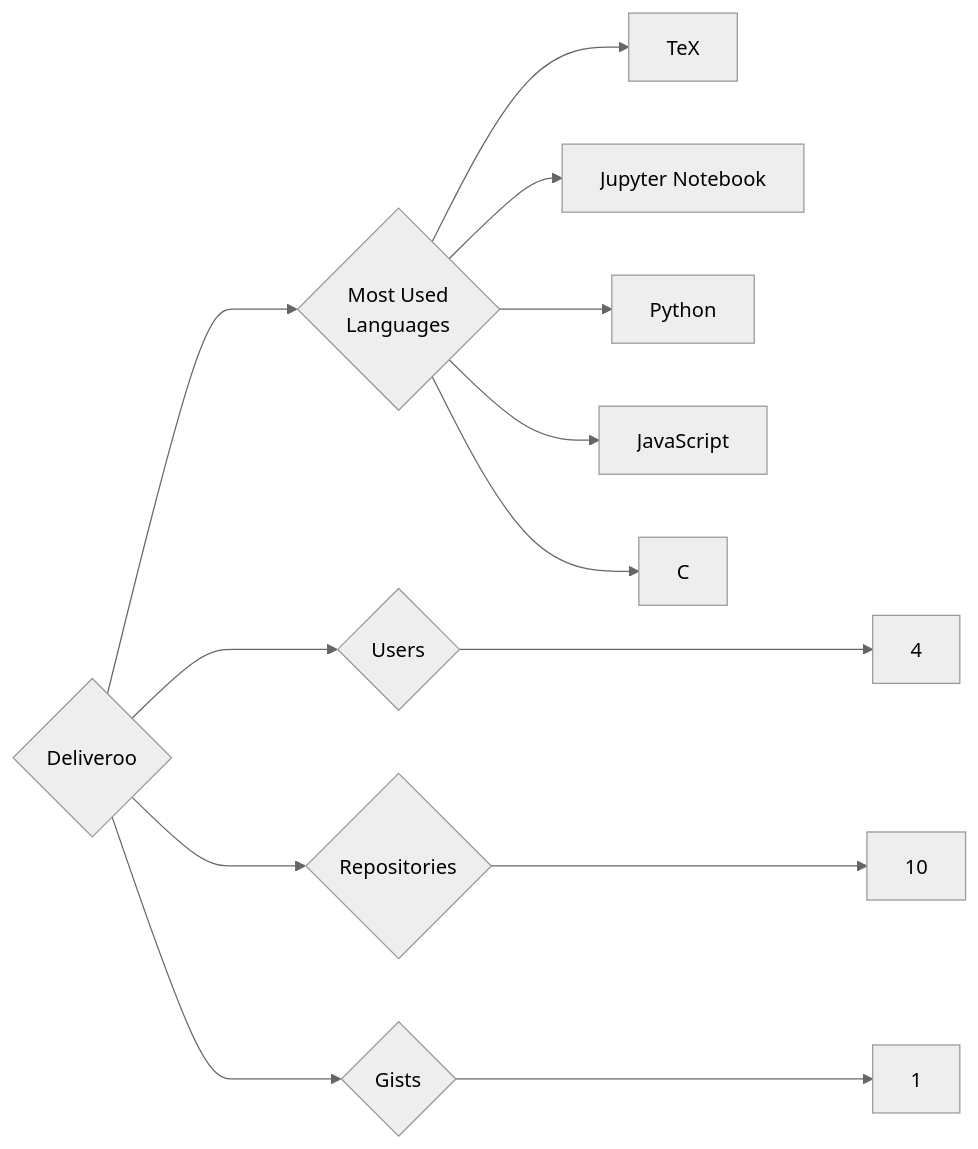
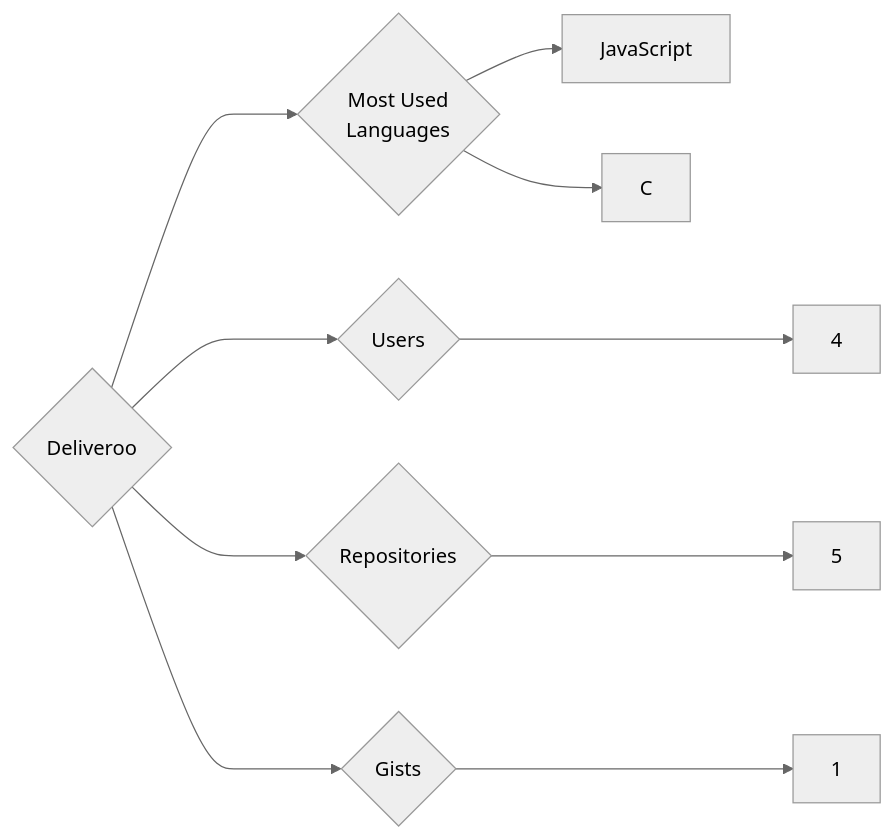
Before and after one commit to trickest/insiders: the diagram in targets/Deliveroo/README.md, drawn with Mermaid (neutral theme). The commit also changed 942 other files, not shown here.

````diff
--- a/targets/Deliveroo/README.md
+++ b/targets/Deliveroo/README.md
@@ -3,13 +3,10 @@
 ```mermaid
 graph LR
 COMPANY_NAME{Deliveroo}
 COMPANY_NAME ---> U{Users} ---> UN[4]
-COMPANY_NAME ---> R{Repositories} ---> RN[10]
+COMPANY_NAME ---> R{Repositories} ---> RN[5]
 COMPANY_NAME ---> G{Gists} ---> GN[1]
 COMPANY_NAME ---> ML{Most Used<br>Languages}
-ML --> TeX[TeX]
-ML --> Jupyter_Notebook[Jupyter Notebook]
-ML --> Python[Python]
 ML --> JavaScript[JavaScript]
 ML --> C[C]
 ```
````
